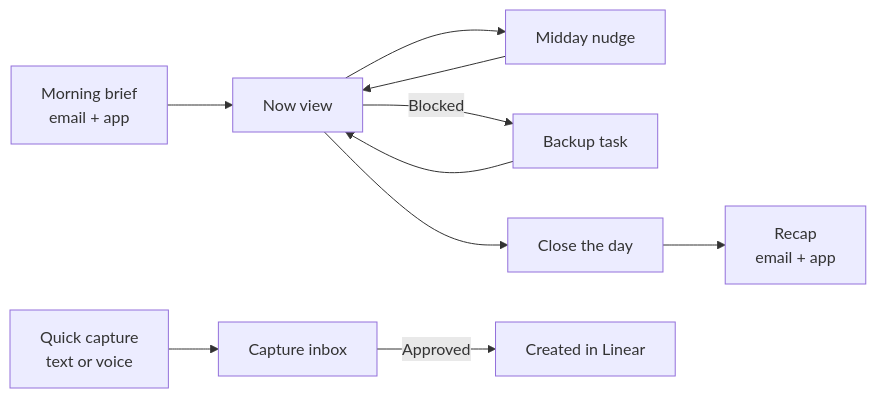
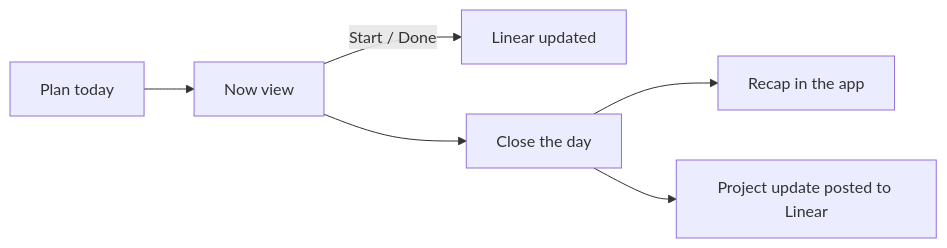
One commit to Temi-pinheiro/needle-mover changed the diagram in docs/spec.md. Above: the diagram before and after it, drawn with Mermaid. The commit also changed other lines of this file and 3 other files, not shown here.

````diff
--- a/docs/spec.md
+++ b/docs/spec.md
@@ -23,12 +24,8 @@
 ```mermaid
 flowchart LR
-  A[Morning brief<br/>email + app] --> B[Now view]
-  B --> C[Midday nudge]
-  C --> B
-  B -->|Blocked| D[Backup task]
-  D --> B
-  B --> E[Close the day]
-  E --> F[Recap<br/>email + app]
-  G[Quick capture<br/>text or voice] --> H[Capture inbox]
-  H -->|Approved| I[Created in Linear]
+  A[Plan today] --> B[Now view]
+  B -->|Start / Done| C[Linear updated]
+  B --> D[Close the day]
+  D --> E[Recap in the app]
+  D --> F[Project update posted to Linear]
 ```
````
